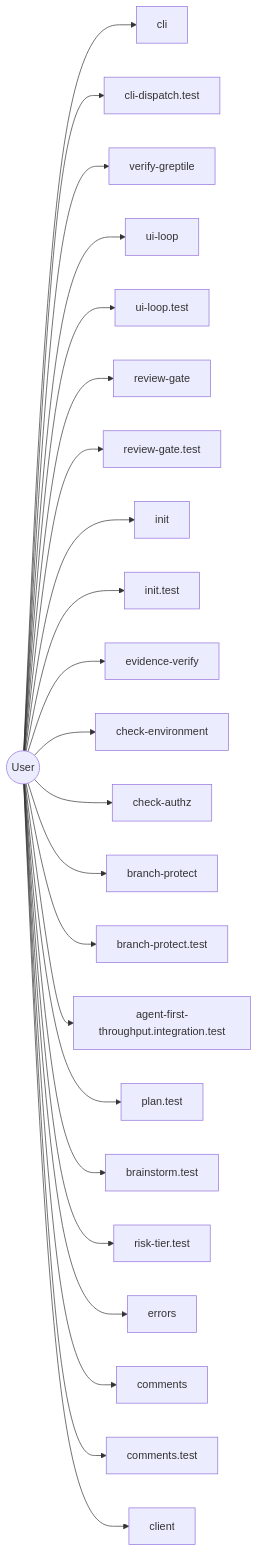
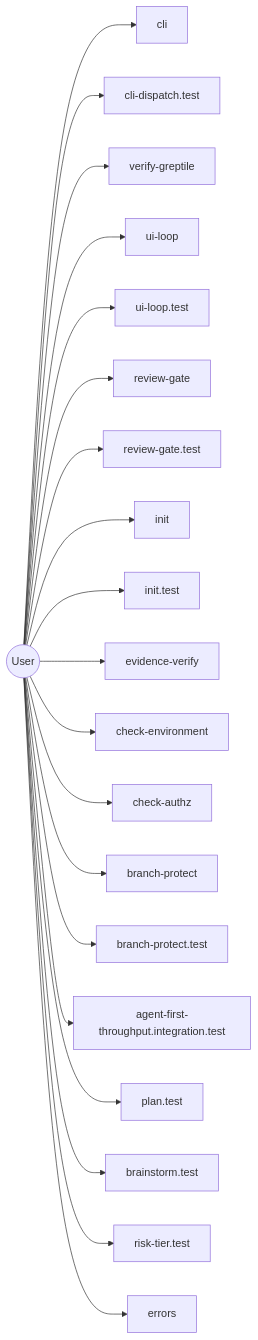
The tenth of 10 diagrams in AI/context/diagram-context.md (jscraik/coding-harness), drawn with Mermaid before and after one commit. The commit also changed other lines of this file and 9 other files, not shown here.

Commit message:
chore(diagrams): auto-refresh architecture diagrams

````diff
--- a/AI/context/diagram-context.md
+++ b/AI/context/diagram-context.md
@@ -635,49 +626,43 @@
 ```mermaid
 flowchart LR
   User(("User"))
   cli_99bb8840["cli"]
   User --> cli_99bb8840
   cli_dispatch_test_54c9f17b["cli-dispatch.test"]
   User --> cli_dispatch_test_54c9f17b
   verify_greptile_227190f7["verify-greptile"]
   User --> verify_greptile_227190f7
   ui_loop_11660889["ui-loop"]
   User --> ui_loop_11660889
   ui_loop_test_f0eabc42["ui-loop.test"]
   User --> ui_loop_test_f0eabc42
   review_gate_09b579c4["review-gate"]
   User --> review_gate_09b579c4
   review_gate_test_000e2ed6["review-gate.test"]
   User --> review_gate_test_000e2ed6
   init_bb54068a["init"]
   User --> init_bb54068a
   init_test_cbba76a6["init.test"]
   User --> init_test_cbba76a6
   evidence_verify_3b73c290["evidence-verify"]
   User --> evidence_verify_3b73c290
   check_environment_fe68d4be["check-environment"]
   User --> check_environment_fe68d4be
   check_authz_fee242b1["check-authz"]
   User --> check_authz_fee242b1
   branch_protect_b9d345eb["branch-protect"]
   User --> branch_protect_b9d345eb
   branch_protect_test_c8d80aab["branch-protect.test"]
   User --> branch_protect_test_c8d80aab
   agent_first_throughput_integration_test_dc677cc4["agent-first-throughput.integration.test"]
   User --> agent_first_throughput_integration_test_dc677cc4
   plan_test_e7c3b920["plan.test"]
   User --> plan_test_e7c3b920
   brainstorm_test_78cf7a1e["brainstorm.test"]
   User --> brainstorm_test_78cf7a1e
   risk_tier_test_ae056367["risk-tier.test"]
   User --> risk_tier_test_ae056367
   errors_be4bd567["errors"]
   User --> errors_be4bd567
-  comments_2b4244fb["comments"]
-  User --> comments_2b4244fb
-  comments_test_f8c9ae41["comments.test"]
-  User --> comments_test_f8c9ae41
-  client_948fe603["client"]
-  User --> client_948fe603
   classDef userNode fill:#16a34a,color:#fff
 ```
````
